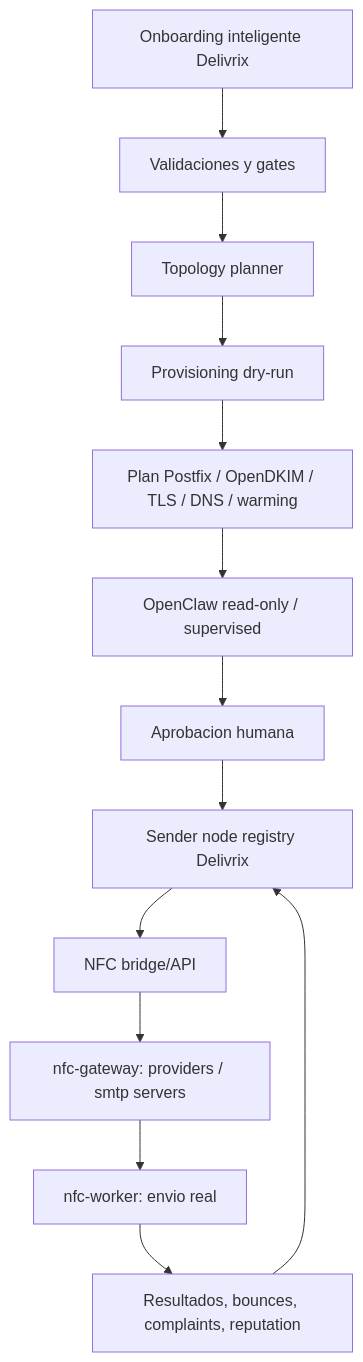
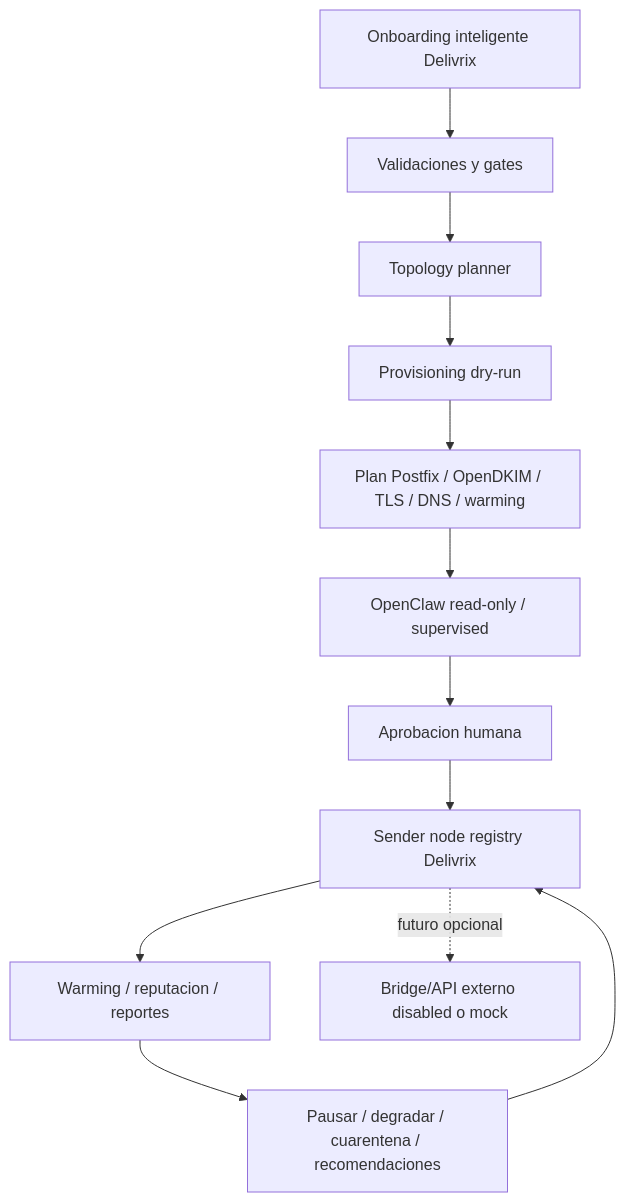
One commit to delivrixtech/Delivrix_app changed the diagram in DOCUMENTACION/NORTE_OPERATIVO_DELIVRIX.md. Above: the diagram before and after it, drawn with Mermaid. The commit also changed other lines of this file and 8 other files, not shown here.

````diff
--- a/DOCUMENTACION/NORTE_OPERATIVO_DELIVRIX.md
+++ b/DOCUMENTACION/NORTE_OPERATIVO_DELIVRIX.md
@@ -65,15 +67,14 @@
 ```mermaid
 flowchart TD
   A["Onboarding inteligente Delivrix"] --> B["Validaciones y gates"]
   B --> C["Topology planner"]
   C --> D["Provisioning dry-run"]
   D --> E["Plan Postfix / OpenDKIM / TLS / DNS / warming"]
   E --> F["OpenClaw read-only / supervised"]
   F --> G["Aprobacion humana"]
   G --> H["Sender node registry Delivrix"]
-  H --> I["NFC bridge/API"]
-  I --> J["nfc-gateway: providers / smtp servers"]
-  J --> K["nfc-worker: envio real"]
-  K --> L["Resultados, bounces, complaints, reputation"]
-  L --> H
+  H --> I["Warming / reputacion / reportes"]
+  I --> J["Pausar / degradar / cuarentena / recomendaciones"]
+  J --> H
+  H -. futuro opcional .-> K["Bridge/API externo disabled o mock"]
 ```
````
